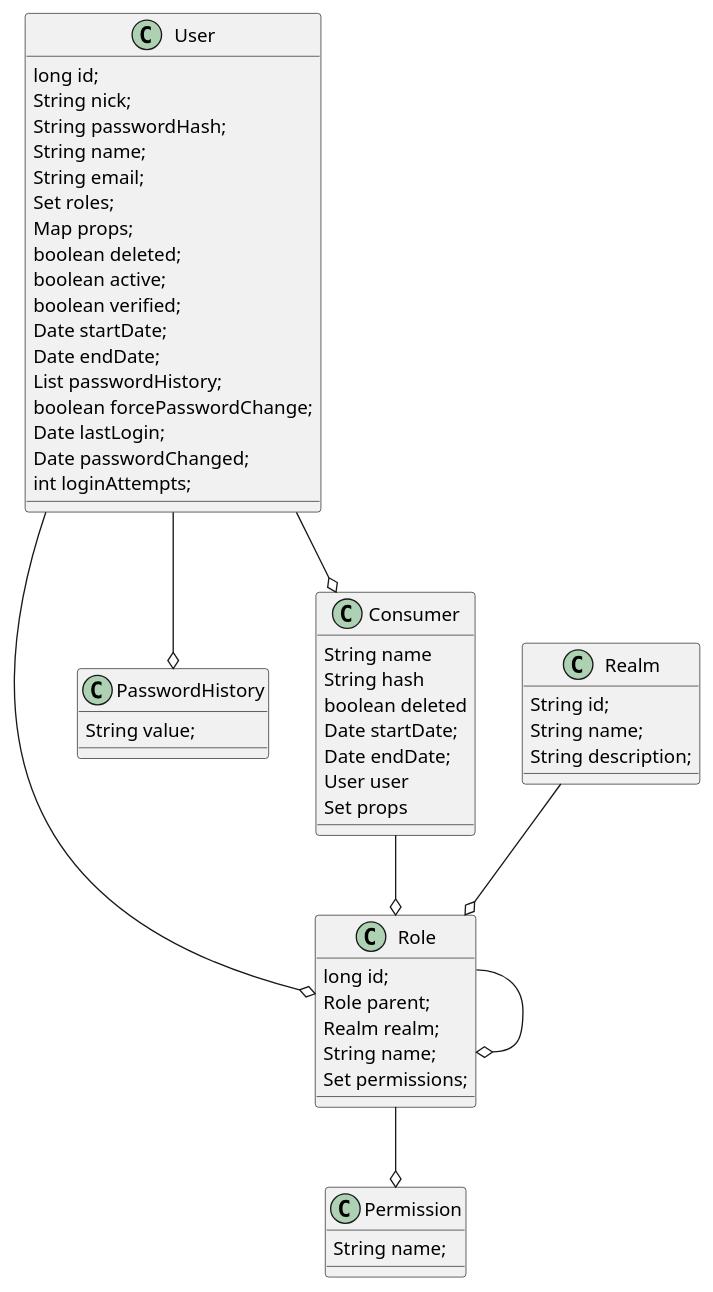
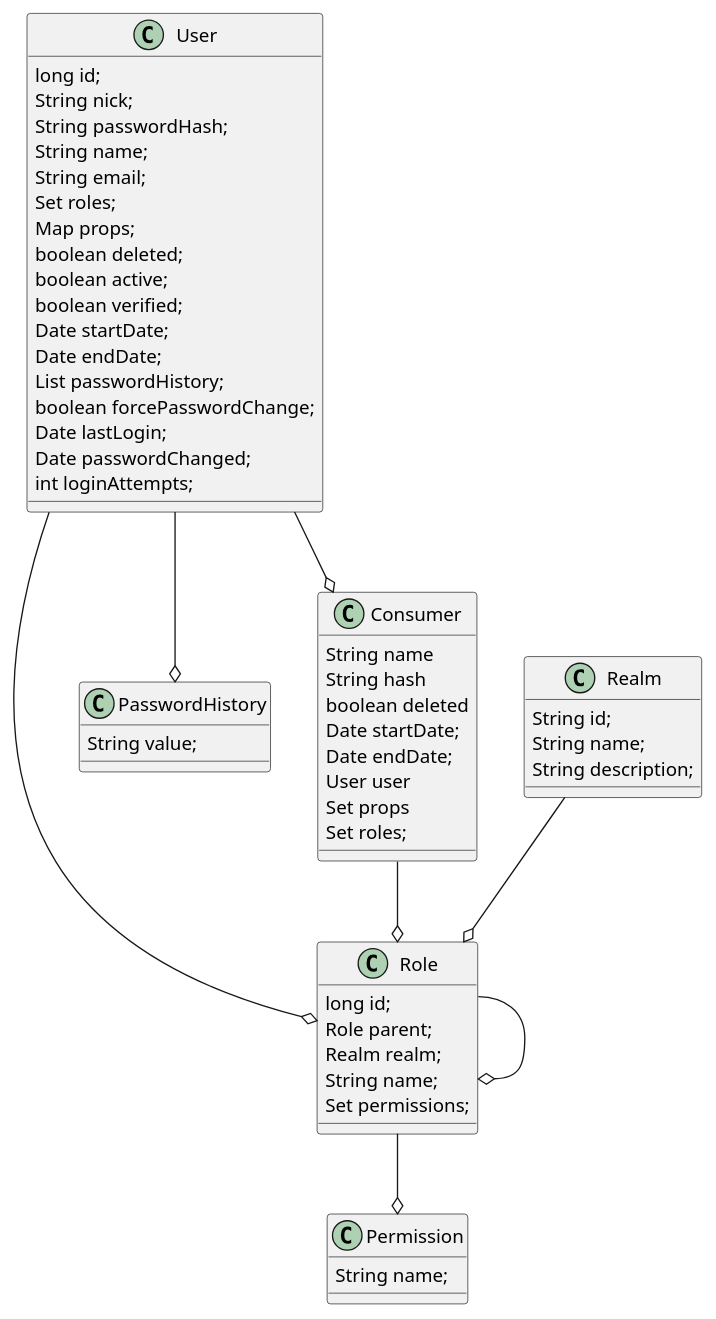
The third of 3 diagrams in doc/src/asciidoc/entities/eeuser.adoc (jpos/jPOS-EE), drawn with PlantUML before and after one commit. The commit also changed other lines of this file and 6 other files, not shown here.

```diff
--- a/doc/src/asciidoc/entities/eeuser.adoc
+++ b/doc/src/asciidoc/entities/eeuser.adoc
@@ -71,65 +72,66 @@
 [plantuml, user-entity, svg, width="90%"]
 ----
 @startuml
 class User {
   long id;
   String nick;
   String passwordHash;
   String name;
   String email;
   Set roles;
   Map props;
   boolean deleted;
   boolean active;
   boolean verified;
   Date startDate;
   Date endDate;
   List passwordHistory;
   boolean forcePasswordChange;
   Date lastLogin;
   Date passwordChanged;
   int loginAttempts;
 }
 
 class Realm {
   String id;
   String name;
   String description;
 }
 
 class Role {
   long id;
   Role parent;
   Realm realm;
   String name;
   Set permissions;
 }
 
 class Permission {
   String name;
 }
 
 class PasswordHistory {
   String value;
 }
 
 class Consumer {
   String name
   String hash
   boolean deleted
   Date startDate;
   Date endDate;
   User user
   Set props
+  Set roles;
 }
 
 Realm    --o Role
 User     --o Role
 Role     --o Role
 Role     --o Permission
 User     --o PasswordHistory
 User     --o Consumer
 Consumer --o Role
 
 @enduml
 ----
```
